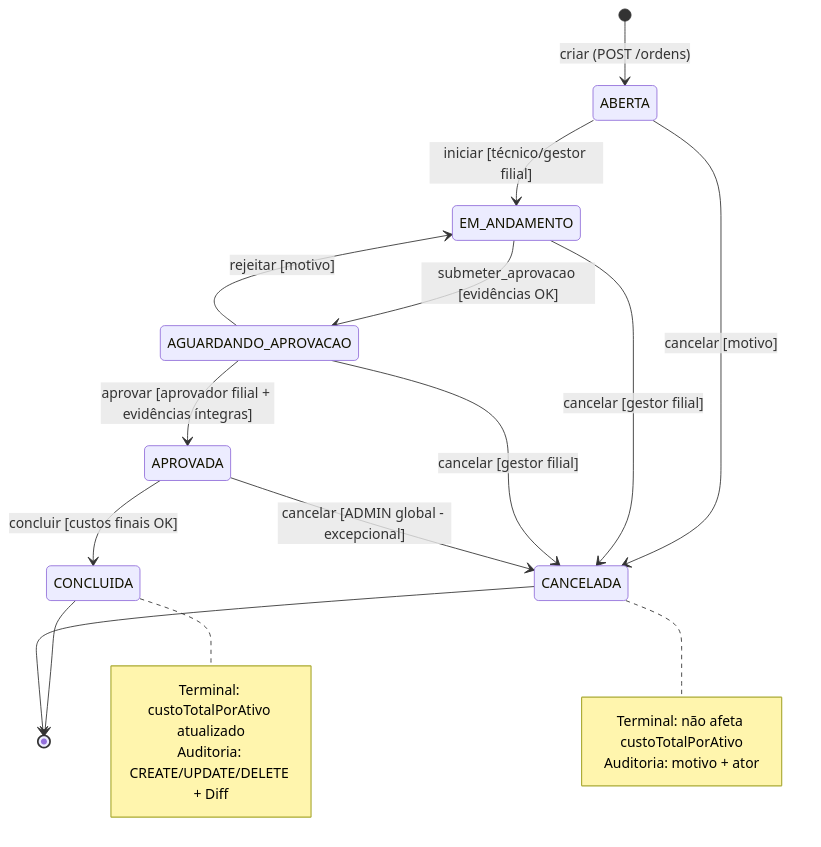
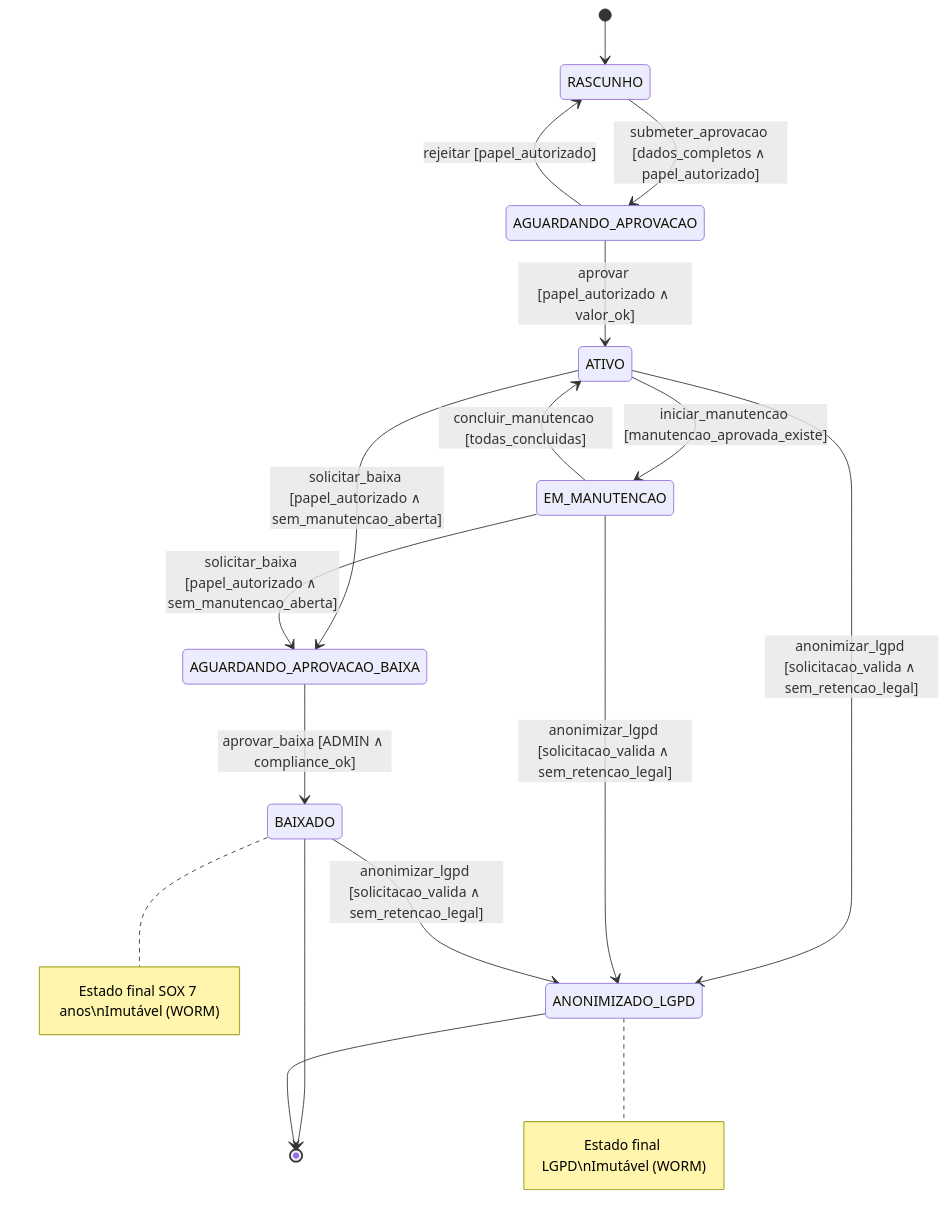
The first of 5 diagrams in docs/03-architecture/state-machines.md (diogo-rp-menezes/aegispatrimonio), drawn with Mermaid before and after one commit. The commit also changed other lines of this file and 78 other files, not shown here.

````diff
--- a/docs/03-architecture/state-machines.md
+++ b/docs/03-architecture/state-machines.md
@@ -50,30 +55,20 @@
 ```mermaid
 stateDiagram-v2
-    [*] --> ABERTA: criar (POST /ordens)
+    [*] --> RASCUNHO
+    RASCUNHO --> AGUARDANDO_APROVACAO: submeter_aprovacao [dados_completos ∧ papel_autorizado]
+    AGUARDANDO_APROVACAO --> ATIVO: aprovar [papel_autorizado ∧ valor_ok]
+    AGUARDANDO_APROVACAO --> RASCUNHO: rejeitar [papel_autorizado]
+    ATIVO --> EM_MANUTENCAO: iniciar_manutencao [manutencao_aprovada_existe]
+    EM_MANUTENCAO --> ATIVO: concluir_manutencao [todas_concluidas]
+    ATIVO --> AGUARDANDO_APROVACAO_BAIXA: solicitar_baixa [papel_autorizado ∧ sem_manutencao_aberta]
+    EM_MANUTENCAO --> AGUARDANDO_APROVACAO_BAIXA: solicitar_baixa [papel_autorizado ∧ sem_manutencao_aberta]
+    AGUARDANDO_APROVACAO_BAIXA --> BAIXADO: aprovar_baixa [ADMIN ∧ compliance_ok]
+    ATIVO --> ANONIMIZADO_LGPD: anonimizar_lgpd [solicitacao_valida ∧ sem_retencao_legal]
+    EM_MANUTENCAO --> ANONIMIZADO_LGPD: anonimizar_lgpd [solicitacao_valida ∧ sem_retencao_legal]
+    BAIXADO --> ANONIMIZADO_LGPD: anonimizar_lgpd [solicitacao_valida ∧ sem_retencao_legal]
+    BAIXADO --> [*]
+    ANONIMIZADO_LGPD --> [*]
     
-    ABERTA --> EM_ANDAMENTO: iniciar [técnico/gestor filial]
-    ABERTA --> CANCELADA: cancelar [motivo]
-    
-    EM_ANDAMENTO --> AGUARDANDO_APROVACAO: submeter_aprovacao [evidências OK]
-    EM_ANDAMENTO --> CANCELADA: cancelar [gestor filial]
-    
-    AGUARDANDO_APROVACAO --> APROVADA: aprovar [aprovador filial + evidências íntegras]
-    AGUARDANDO_APROVACAO --> EM_ANDAMENTO: rejeitar [motivo]
-    AGUARDANDO_APROVACAO --> CANCELADA: cancelar [gestor filial]
-    
-    APROVADA --> CONCLUIDA: concluir [custos finais OK]
-    APROVADA --> CANCELADA: cancelar [ADMIN global - excepcional]
-    
-    CONCLUIDA --> [*]
-    CANCELADA --> [*]
-    
-    note right of CONCLUIDA
-        Terminal: custoTotalPorAtivo atualizado
-        Auditoria: CREATE/UPDATE/DELETE + Diff
-    end note
-    
-    note right of CANCELADA
-        Terminal: não afeta custoTotalPorAtivo
-        Auditoria: motivo + ator
-    end note
+    note right of BAIXADO: Estado final SOX 7 anos\nImutável (WORM)
+    note right of ANONIMIZADO_LGPD: Estado final LGPD\nImutável (WORM)
 ```
````
